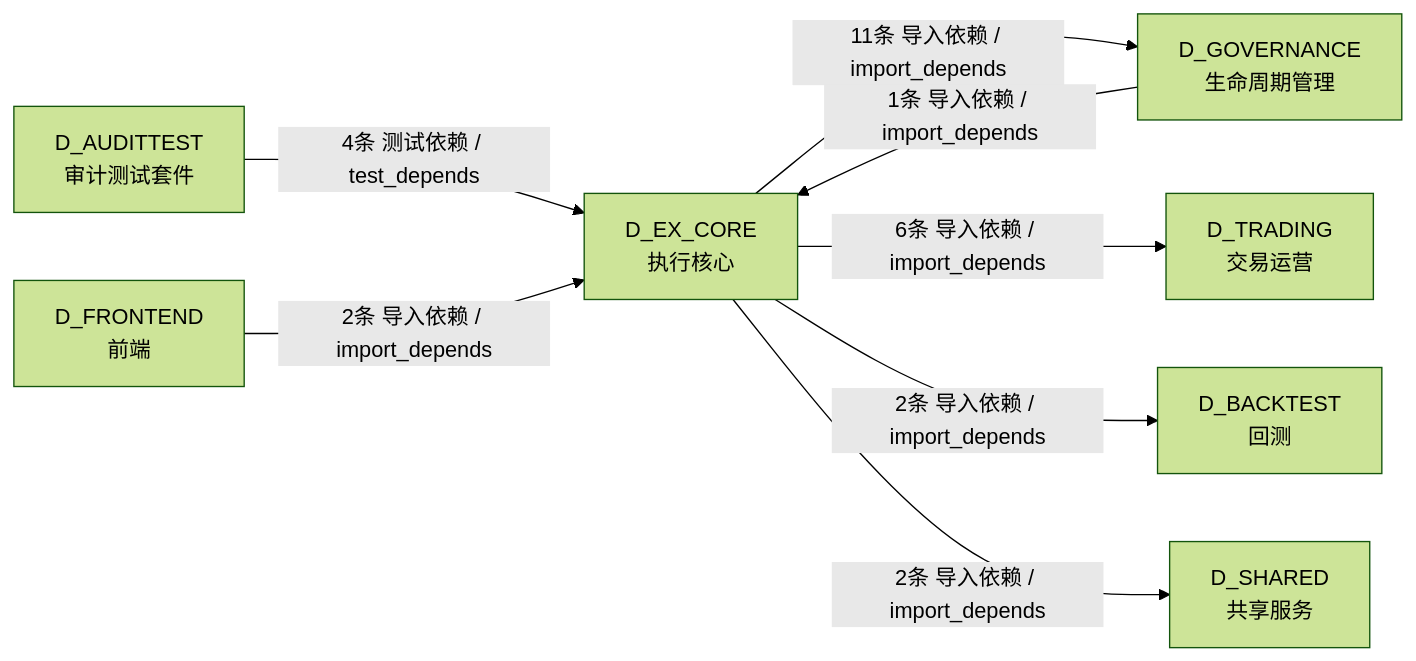
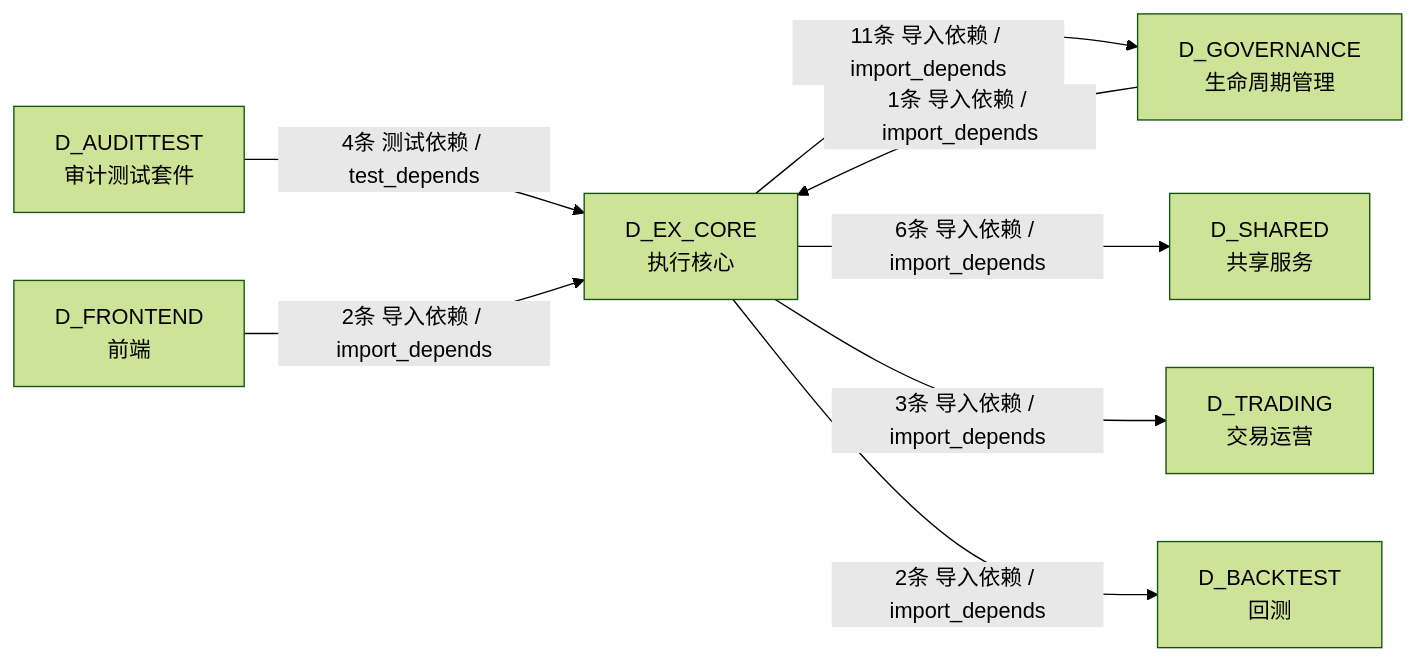
The fifth of 5 diagrams in docs/02_enterprise_architecture/02_domain_architecture_docs/27_d_ex_core.md (xuanFelixVan/ZephyrAlpha), drawn with Mermaid (forest theme) before and after one commit. The commit also changed other lines of this file and 99 other files, not shown here.

````diff
--- a/docs/02_enterprise_architecture/02_domain_architecture_docs/27_d_ex_core.md
+++ b/docs/02_enterprise_architecture/02_domain_architecture_docs/27_d_ex_core.md
@@ -278,17 +278,17 @@
 ```mermaid
 graph LR
     D_EX_CORE["D_EX_CORE<br/>执行核心"]
     D_GOVERNANCE["D_GOVERNANCE<br/>生命周期管理"]
+    D_SHARED["D_SHARED<br/>共享服务"]
     D_TRADING["D_TRADING<br/>交易运营"]
     D_BACKTEST["D_BACKTEST<br/>回测"]
-    D_SHARED["D_SHARED<br/>共享服务"]
     D_AUDITTEST["D_AUDITTEST<br/>审计测试套件"]
     D_FRONTEND["D_FRONTEND<br/>前端"]
     D_EX_CORE -->|11条 导入依赖 / import_depends| D_GOVERNANCE
-    D_EX_CORE -->|6条 导入依赖 / import_depends| D_TRADING
+    D_EX_CORE -->|6条 导入依赖 / import_depends| D_SHARED
+    D_EX_CORE -->|3条 导入依赖 / import_depends| D_TRADING
     D_EX_CORE -->|2条 导入依赖 / import_depends| D_BACKTEST
-    D_EX_CORE -->|2条 导入依赖 / import_depends| D_SHARED
     D_AUDITTEST -->|4条 测试依赖 / test_depends| D_EX_CORE
     D_FRONTEND -->|2条 导入依赖 / import_depends| D_EX_CORE
     D_GOVERNANCE -->|1条 导入依赖 / import_depends| D_EX_CORE
 ```
````
